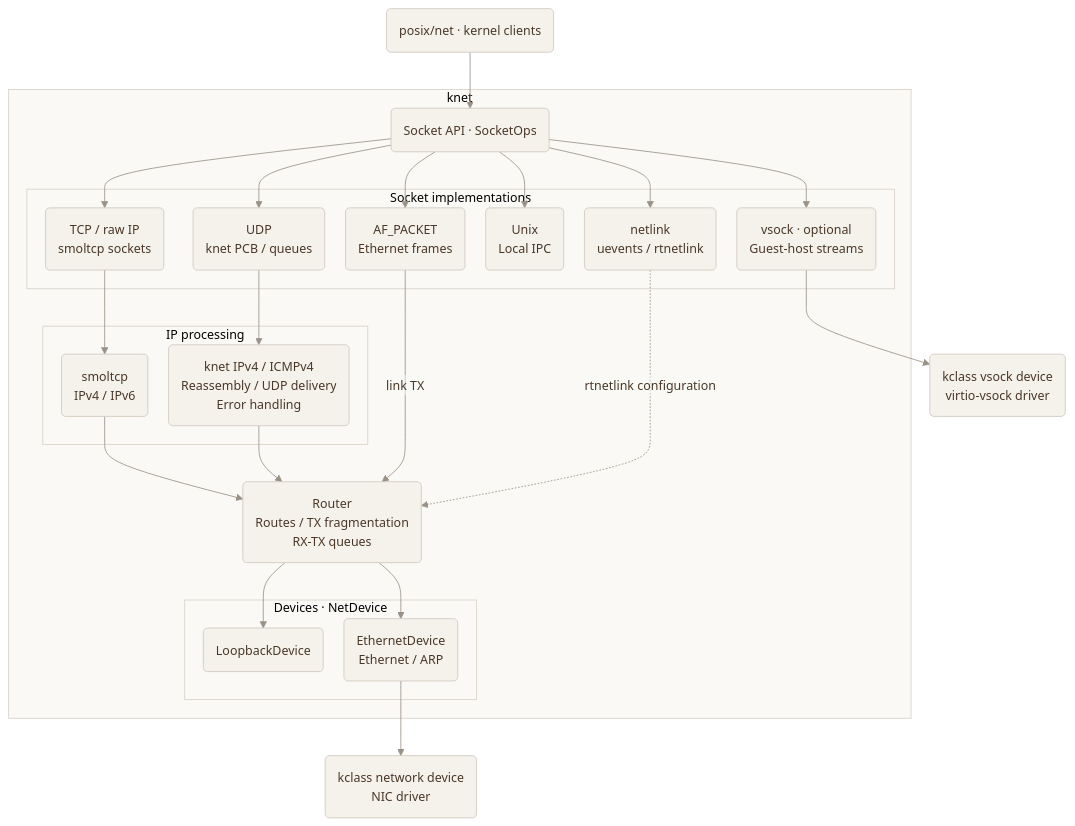
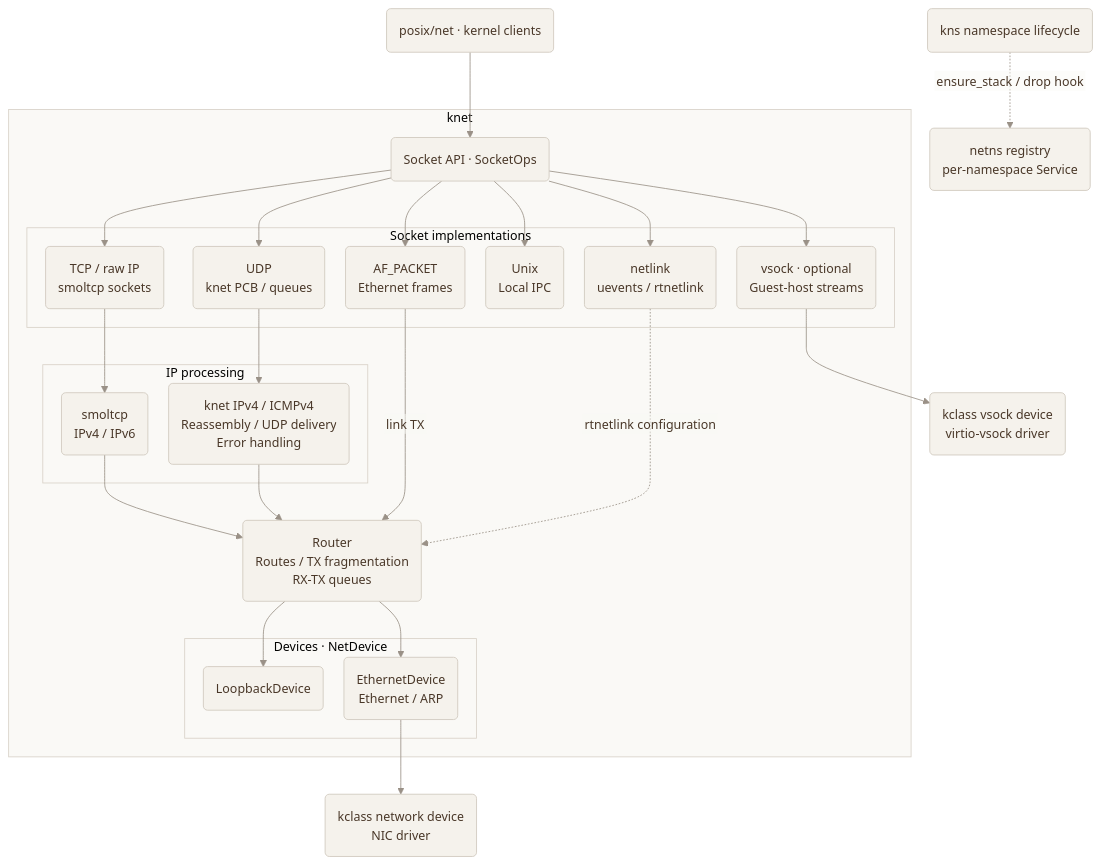
Before and after one commit to kylin-x-kernel/x-kernel: the first of 5 diagrams in net/knet/docs/design.md, drawn with Mermaid. The commit also changed other lines of this file and 20 other files, not shown here.

First line of the commit message:
!1178 kns,knet,ksyscall,cgroup2fs: network namespace lifecycle + cgroup device-controller fd

```diff
--- a/net/knet/docs/design.md
+++ b/net/knet/docs/design.md
@@ -204,6 +205,10 @@
         end
     end
 
+    NLIFE("kns namespace lifecycle")
+    STACKS("netns registry
+per-namespace Service")
+
     NIC("kclass network device
 NIC driver")
     VIRTIO("kclass vsock device
@@ -217,6 +222,7 @@
     IPV4 --> ROUTER
     PACKET -->|link TX| ROUTER
     NETLINK -.->|rtnetlink configuration| ROUTER
+    NLIFE -.->|ensure_stack / drop hook| STACKS
     ROUTER --> LOOP & ETH
     ETH --> NIC
     VSOCK --> VIRTIO
```
